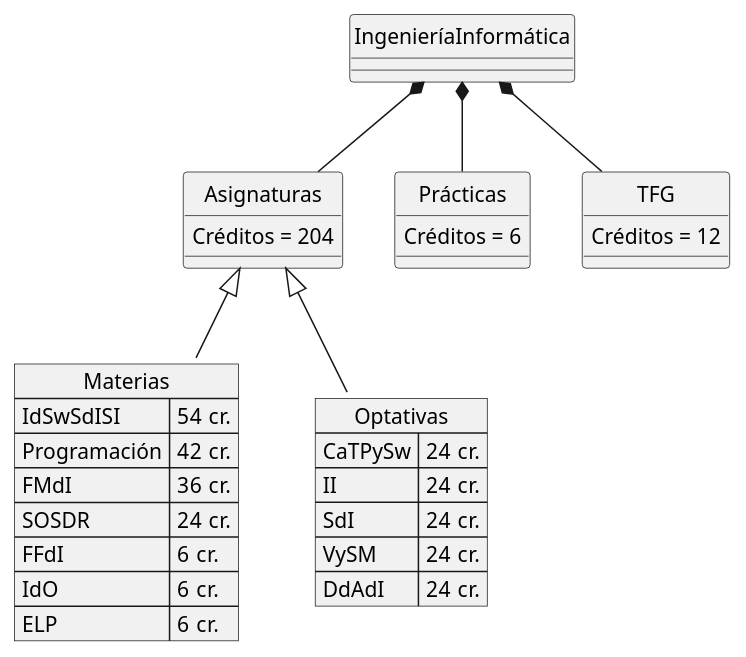
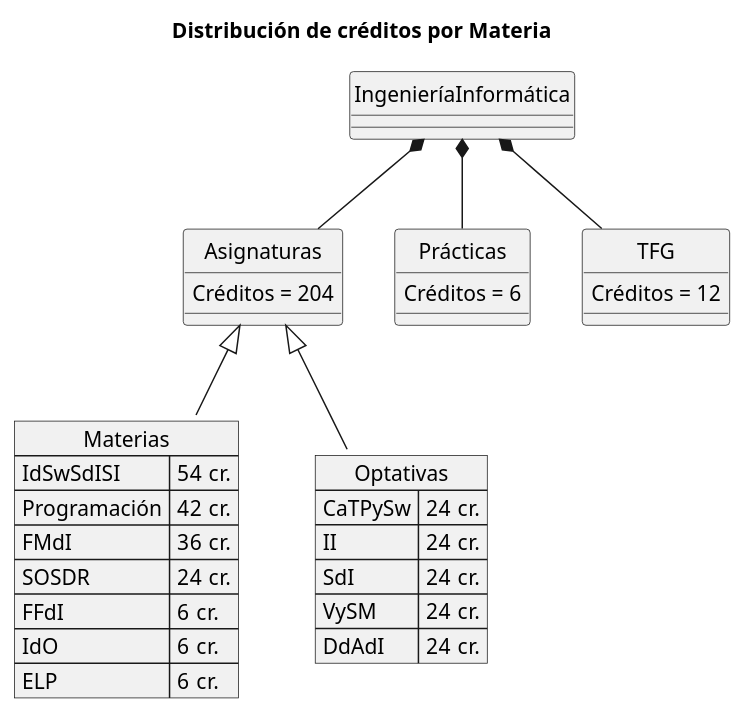
One commit to Universidad-del-Atlantico-Sur/Ingenier-a-Informatica changed the diagram in modelosUML/distribucionCreditosMateria.puml. Above: the diagram before and after it, drawn with PlantUML. The commit also changed 7 other files, not shown here.

```diff
--- a/modelosUML/distribucionCreditosMateria.puml
+++ b/modelosUML/distribucionCreditosMateria.puml
@@ -1,46 +1,48 @@
 ' Fundamentos matemáticos de la informática					36	
 ' Fundamentos físicos de la informática						6	
 ' Programación												42	
 ' Ingeniería del software, sistemas de información y sistemas inteligentes	54	
 ' Ingeniería de ordenadores									6	
 ' Sistemas operativos, Sistemas distribuidos y Redes		24	
 ' Ética, legislación y profesión							6	
 hide circle
+
+title Distribución de créditos por Materia
 
 class Asignaturas {
     Créditos = 204
 }
 
 json Materias {
 "IdSwSdISI":"54 cr.",
 "Programación":"42 cr.",
 "FMdI":"36 cr.",
 "SOSDR":"24 cr.",
 "FFdI":"6 cr.",
 "IdO":"6 cr.",
 "ELP":"6 cr."
 }
 
 json Optativas {
 "CaTPySw":"24 cr.",
 "II":"24 cr.",
 "SdI":"24 cr.",
 "VySM":"24 cr.",
 "DdAdI":"24 cr."
 }
 
 
 class Prácticas {
     Créditos = 6
 }
 
 class TFG {
     Créditos = 12
 }
 
 IngenieríaInformática *-- Asignaturas
 Asignaturas <|-d- Materias
 
 Asignaturas <|-d- Optativas
 IngenieríaInformática *-- Prácticas
 IngenieríaInformática *-- TFG
```
